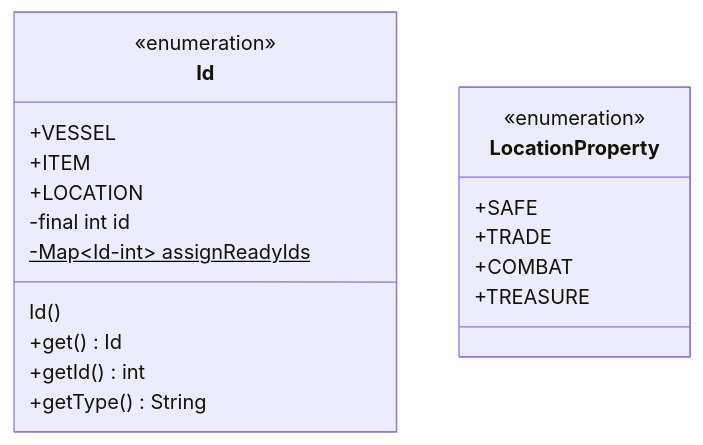
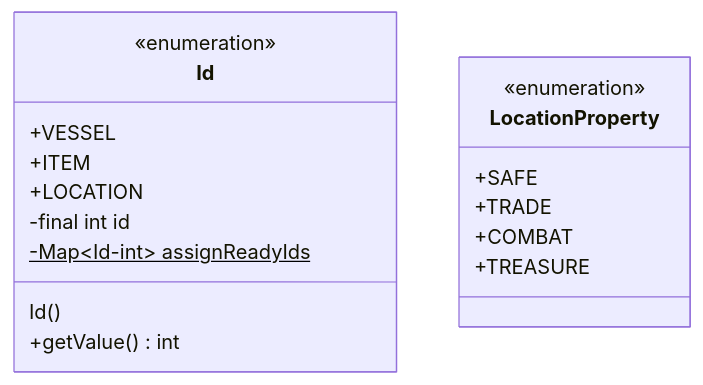
The sixth of 11 diagrams in src/patikaplus/week4/nighter/readme.md (gokdenizozkan/patika-plus), drawn with Mermaid before and after one commit. The commit also changed other lines of this file and 1 other file, not shown here.

````diff
--- a/src/patikaplus/week4/nighter/readme.md
+++ b/src/patikaplus/week4/nighter/readme.md
@@ -238,25 +301,23 @@
 ```mermaid
 classDiagram
     class Id {
         <<enumeration>>
         +VESSEL
         +ITEM
         +LOCATION
 
         -final int id
         -Map~Id-int~ assignReadyIds $
 
         Id()
-        +get() Id
-        +getId() int
-        +getType() String
+        +getValue() int
     }
     
     class LocationProperty {
         <<enumeration>>
         +SAFE
         +TRADE
         +COMBAT
         +TREASURE
     }
 ```
````
